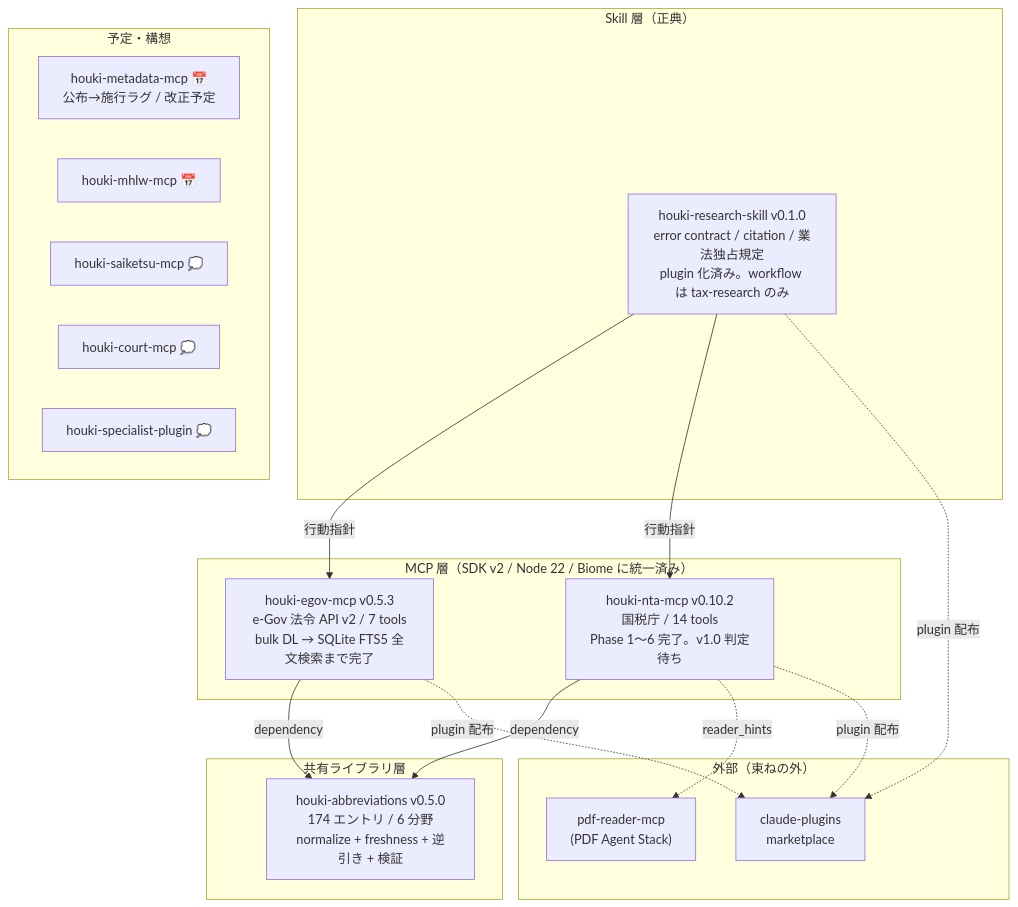
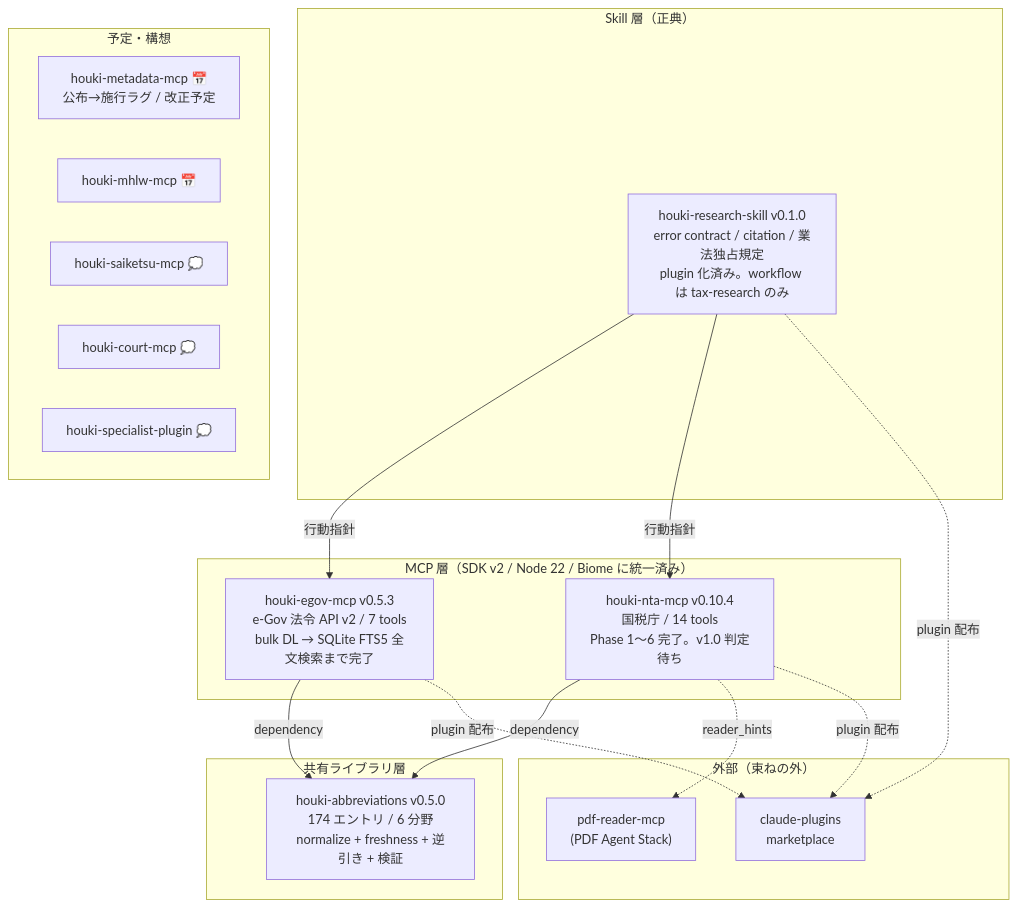
The diagram in docs/ROADMAP.md (shuji-bonji/houki-hub), drawn with Mermaid before and after one commit. The commit also changed other lines of this file and 22 other files, not shown here.

````diff
--- a/docs/ROADMAP.md
+++ b/docs/ROADMAP.md
@@ -8,28 +8,28 @@
 ```mermaid
 graph TB
     subgraph Skill層["Skill 層（正典）"]
         SKILL["houki-research-skill v0.1.0<br/>error contract / citation / 業法独占規定<br/>plugin 化済み。workflow は tax-research のみ"]
     end
     subgraph MCP層["MCP 層（SDK v2 / Node 22 / Biome に統一済み）"]
         EGOV["houki-egov-mcp v0.5.3<br/>e-Gov 法令 API v2 / 7 tools<br/>bulk DL → SQLite FTS5 全文検索まで完了"]
-        NTA["houki-nta-mcp v0.10.2<br/>国税庁 / 14 tools<br/>Phase 1〜6 完了。v1.0 判定待ち"]
+        NTA["houki-nta-mcp v0.10.4<br/>国税庁 / 14 tools<br/>Phase 1〜6 完了。v1.0 判定待ち"]
     end
     subgraph 共有層["共有ライブラリ層"]
         ABBR["houki-abbreviations v0.5.0<br/>174 エントリ / 6 分野<br/>normalize + freshness + 逆引き + 検証"]
     end
     subgraph 外部["外部（束ねの外）"]
         PDF["pdf-reader-mcp<br/>(PDF Agent Stack)"]
         PLUGINS["claude-plugins<br/>marketplace"]
     end
     SKILL -->|行動指針| EGOV & NTA
     EGOV & NTA -->|dependency| ABBR
     NTA -.->|reader_hints| PDF
     EGOV & NTA & SKILL -.->|plugin 配布| PLUGINS
     subgraph 将来["予定・構想"]
         META["houki-metadata-mcp 📅<br/>公布→施行ラグ / 改正予定"]
         MHLW["houki-mhlw-mcp 📅"]
         SAIKETSU["houki-saiketsu-mcp 💭"]
         COURT["houki-court-mcp 💭"]
         AGENT["houki-specialist-plugin 💭"]
     end
 ```
````
